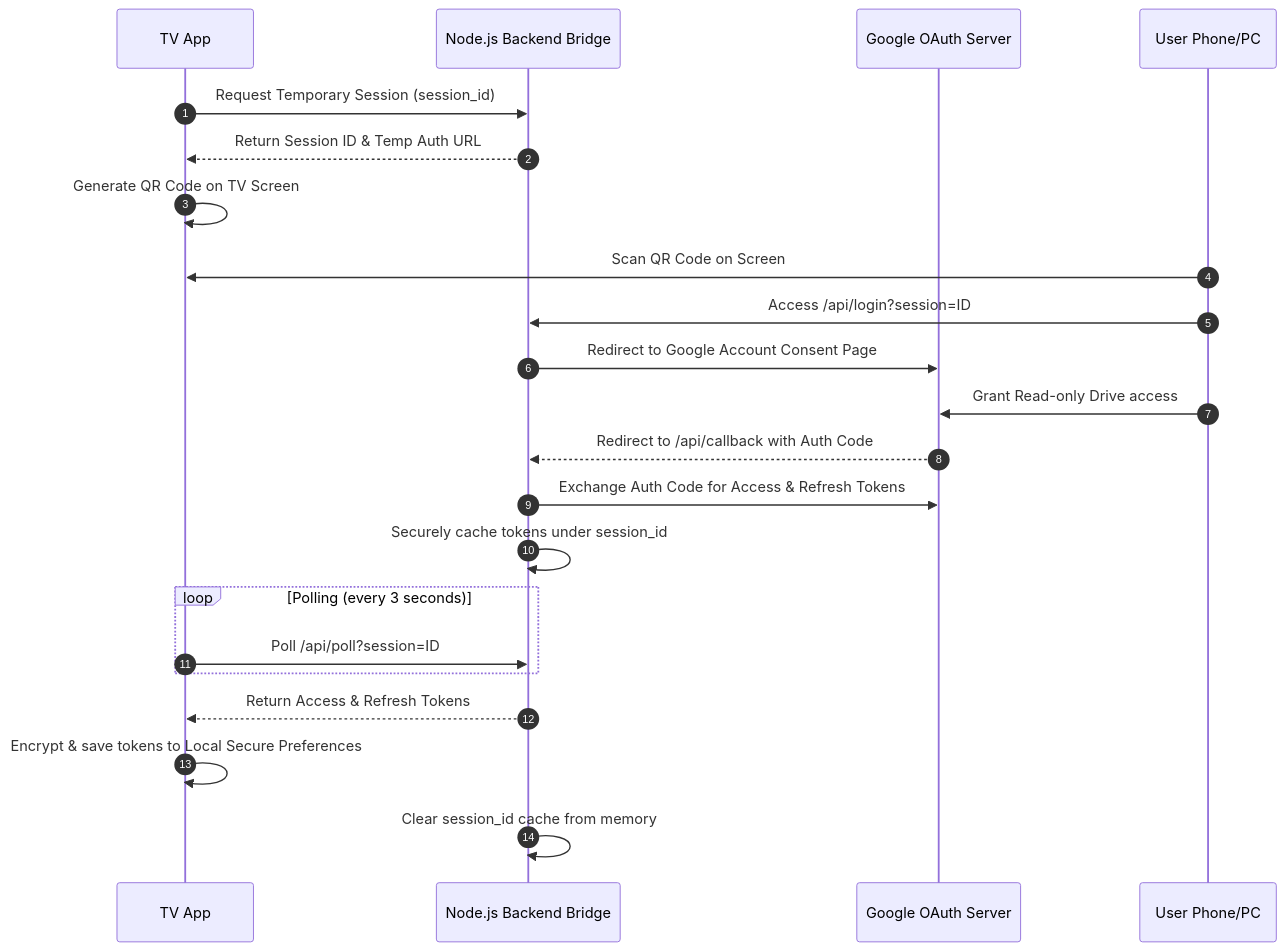
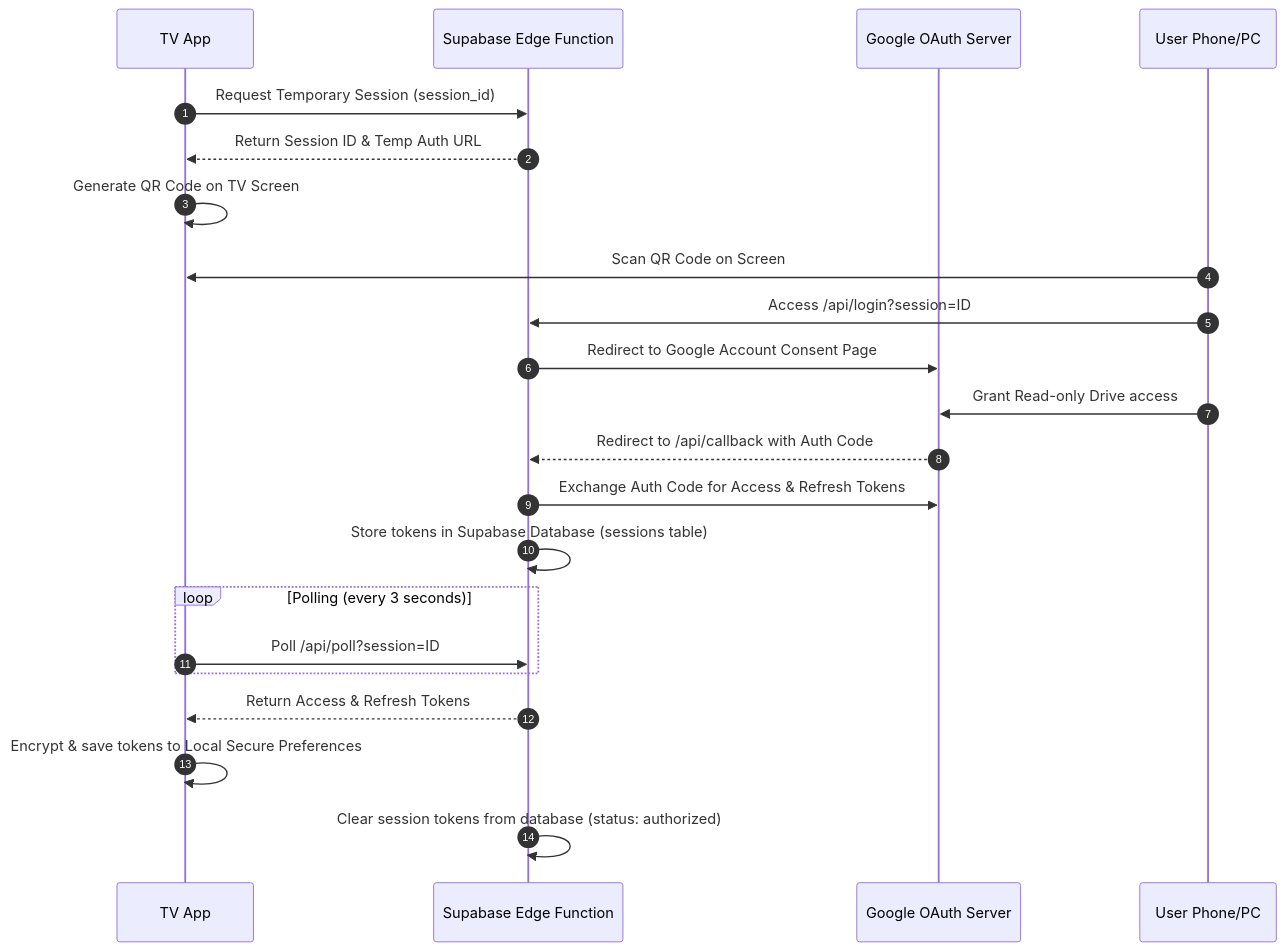
The diagram in README.md (Rupam852/CloudStream-TV), drawn with Mermaid before and after one commit. The commit also changed other lines of this file and 1 other file, not shown here.

Commit message:
docs: update README and website to reflect Supabase migration

````diff
--- a/README.md
+++ b/README.md
@@ -115,25 +115,25 @@
 ```mermaid
 sequenceDiagram
     autonumber
     participant TV as TV App
-    participant BE as Node.js Backend Bridge
+    participant BE as Supabase Edge Function
     participant GO as Google OAuth Server
     participant PH as User Phone/PC
 
     TV->>BE: Request Temporary Session (session_id)
     BE-->>TV: Return Session ID & Temp Auth URL
     TV->>TV: Generate QR Code on TV Screen
     PH->>TV: Scan QR Code on Screen
     PH->>BE: Access /api/login?session=ID
     BE->>GO: Redirect to Google Account Consent Page
     PH->>GO: Grant Read-only Drive access
     GO-->>BE: Redirect to /api/callback with Auth Code
     BE->>GO: Exchange Auth Code for Access & Refresh Tokens
-    BE->>BE: Securely cache tokens under session_id
+    BE->>BE: Store tokens in Supabase Database (sessions table)
     loop Polling (every 3 seconds)
         TV->>BE: Poll /api/poll?session=ID
     end
     BE-->>TV: Return Access & Refresh Tokens
     TV->>TV: Encrypt & save tokens to Local Secure Preferences
-    BE->>BE: Clear session_id cache from memory
+    BE->>BE: Clear session tokens from database (status: authorized)
 ```
````
